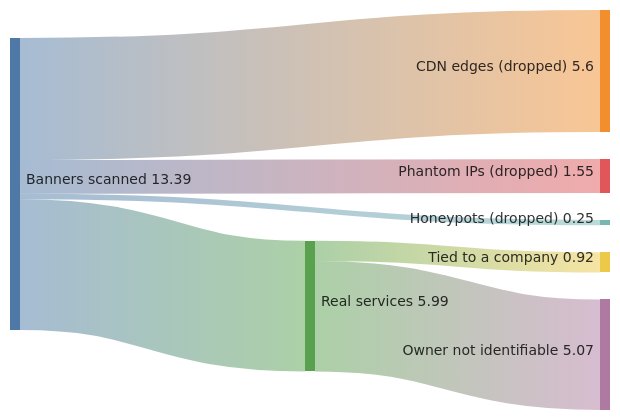
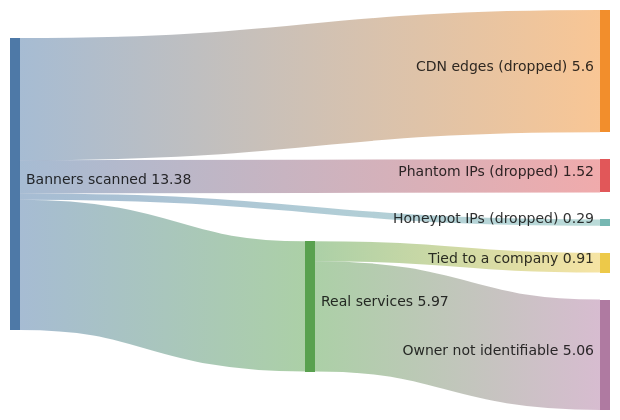
The second of 2 diagrams in README.md (SahilChoudhary22/recon-sales-intelligence), drawn with Mermaid before and after one commit. The commit also changed other lines of this file and 21 other files, not shown here.

````diff
--- a/README.md
+++ b/README.md
@@ -151,14 +156,14 @@
 ```mermaid
 ---
 config:
   sankey:
     showValues: true
 ---
 sankey-beta
 Banners scanned,CDN edges (dropped),5.60
-Banners scanned,Phantom IPs (dropped),1.55
-Banners scanned,Honeypots (dropped),0.25
-Banners scanned,Real services,5.99
-Real services,Tied to a company,0.92
-Real services,Owner not identifiable,5.07
+Banners scanned,Phantom IPs (dropped),1.52
+Banners scanned,Honeypot IPs (dropped),0.29
+Banners scanned,Real services,5.97
+Real services,Tied to a company,0.91
+Real services,Owner not identifiable,5.06
 ```
````
